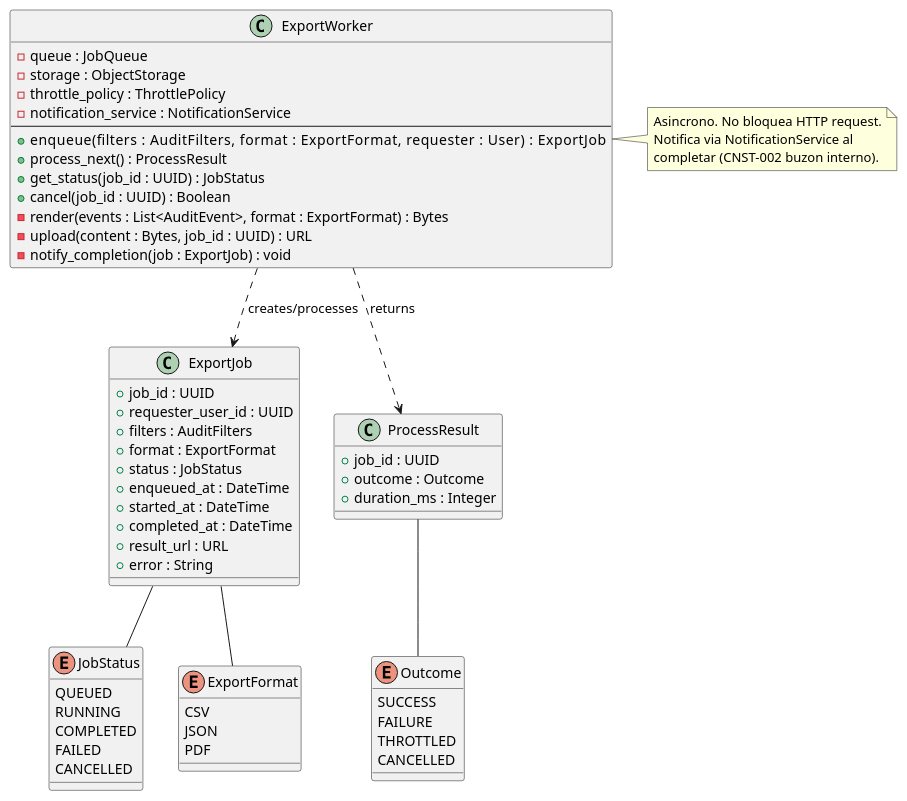
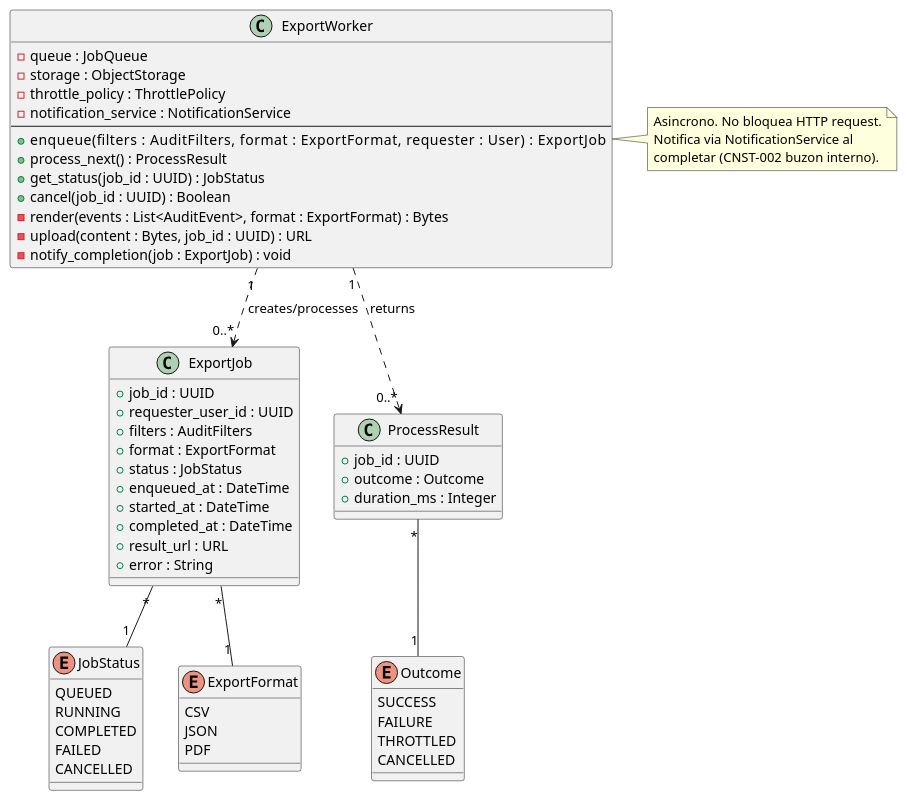
One commit to jcg-admin/IACT-docs changed the diagram in source/arquitectura-tecnica/domain-model/export-worker.rst. Above: the diagram before and after it, drawn with PlantUML. The commit also changed 44 other files, not shown here.

First line of the commit message:
Apply UML rigor pass batch 3: sweep multiplicities + checklist

```diff
--- a/source/arquitectura-tecnica/domain-model/export-worker.rst
+++ b/source/arquitectura-tecnica/domain-model/export-worker.rst
@@ -32,75 +32,75 @@
 .. uml::
  :caption: Clase ExportWorker — procesador asíncrono de
            jobs de exportación con throttling y notificación.
 
  @startuml
 
  class ExportWorker {
    - queue : JobQueue
    - storage : ObjectStorage
    - throttle_policy : ThrottlePolicy
    - notification_service : NotificationService
    --
    + enqueue(filters : AuditFilters, format : ExportFormat, \
              requester : User) : ExportJob
    + process_next() : ProcessResult
    + get_status(job_id : UUID) : JobStatus
    + cancel(job_id : UUID) : Boolean
    - render(events : List<AuditEvent>, format : ExportFormat) : Bytes
    - upload(content : Bytes, job_id : UUID) : URL
    - notify_completion(job : ExportJob) : void
  }
 
  class ExportJob {
    + job_id : UUID
    + requester_user_id : UUID
    + filters : AuditFilters
    + format : ExportFormat
    + status : JobStatus
    + enqueued_at : DateTime
    + started_at : DateTime
    + completed_at : DateTime
    + result_url : URL
    + error : String
  }
 
  enum JobStatus {
    QUEUED
    RUNNING
    COMPLETED
    FAILED
    CANCELLED
  }
 
  enum ExportFormat {
    CSV
    JSON
    PDF
  }
 
  class ProcessResult {
    + job_id : UUID
    + outcome : Outcome
    + duration_ms : Integer
  }
 
  enum Outcome {
    SUCCESS
    FAILURE
    THROTTLED
    CANCELLED
  }
 
- ExportWorker ..> ExportJob : creates/processes
- ExportWorker ..> ProcessResult : returns
- ExportJob -- JobStatus
- ExportJob -- ExportFormat
- ProcessResult -- Outcome
+ ExportWorker "1" ..> "0..*" ExportJob : creates/processes
+ ExportWorker "1" ..> "0..*" ProcessResult : returns
+ ExportJob "*" -- "1" JobStatus
+ ExportJob "*" -- "1" ExportFormat
+ ProcessResult "*" -- "1" Outcome
 
  note right of ExportWorker
    Asincrono. No bloquea HTTP request.
    Notifica via NotificationService al
    completar (CNST-002 buzon interno).
  end note
 
  @enduml
```
